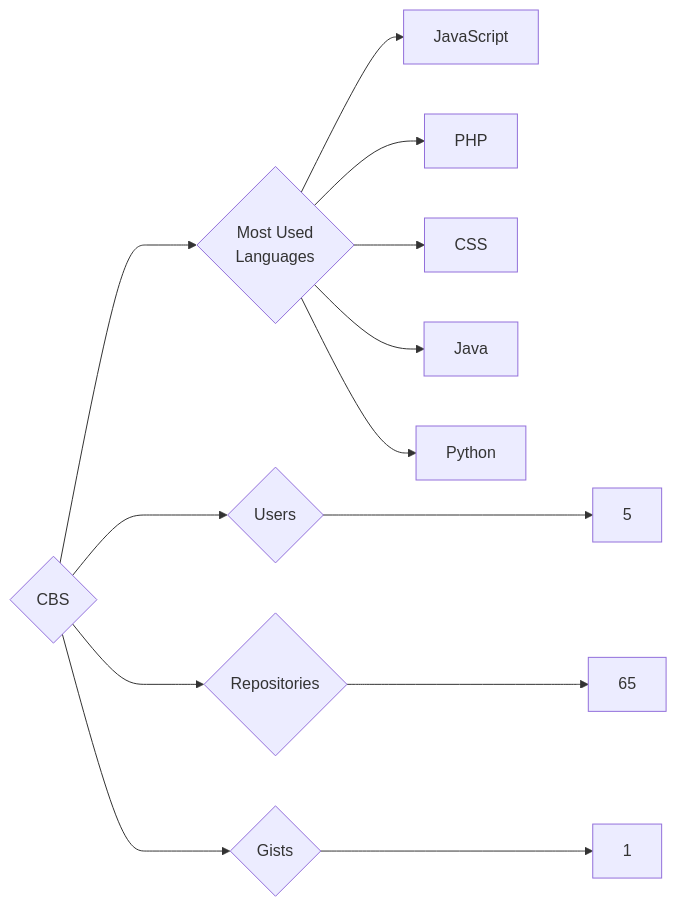
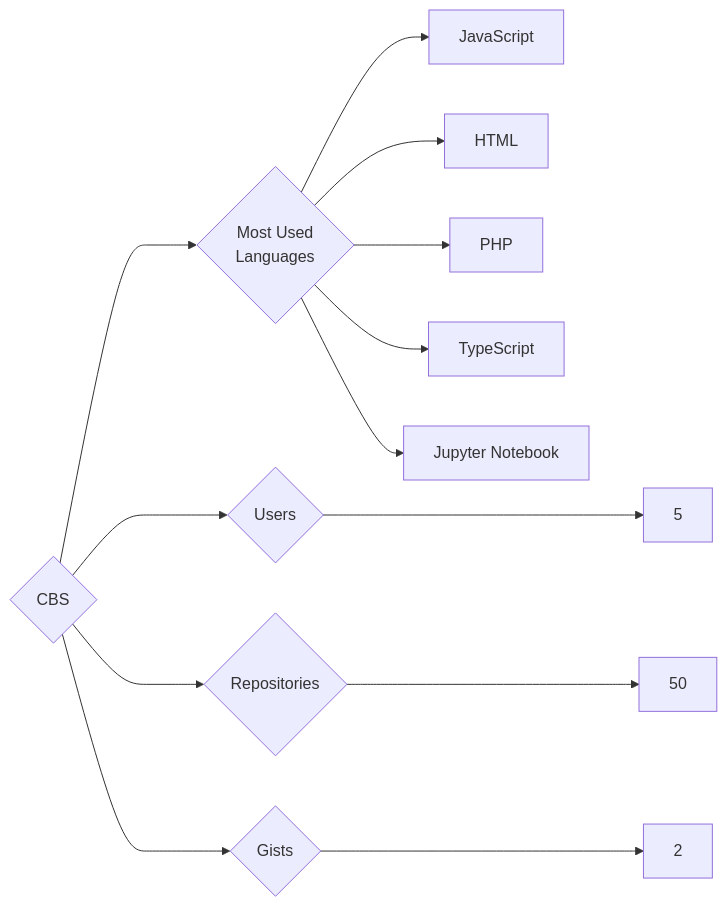
One commit to trickest/insiders changed the diagram in targets/CBS/README.md. Above: the diagram before and after it, drawn with Mermaid. The commit also changed 750 other files, not shown here.

````diff
--- a/targets/CBS/README.md
+++ b/targets/CBS/README.md
@@ -3,13 +3,13 @@
 ```mermaid
 graph LR
 COMPANY_NAME{CBS}
 COMPANY_NAME ---> U{Users} ---> UN[5]
-COMPANY_NAME ---> R{Repositories} ---> RN[65]
-COMPANY_NAME ---> G{Gists} ---> GN[1]
+COMPANY_NAME ---> R{Repositories} ---> RN[50]
+COMPANY_NAME ---> G{Gists} ---> GN[2]
 COMPANY_NAME ---> ML{Most Used<br>Languages}
 ML --> JavaScript[JavaScript]
+ML --> HTML[HTML]
 ML --> PHP[PHP]
-ML --> CSS[CSS]
-ML --> Java[Java]
-ML --> Python[Python]
+ML --> TypeScript[TypeScript]
+ML --> Jupyter_Notebook[Jupyter Notebook]
 ```
````
